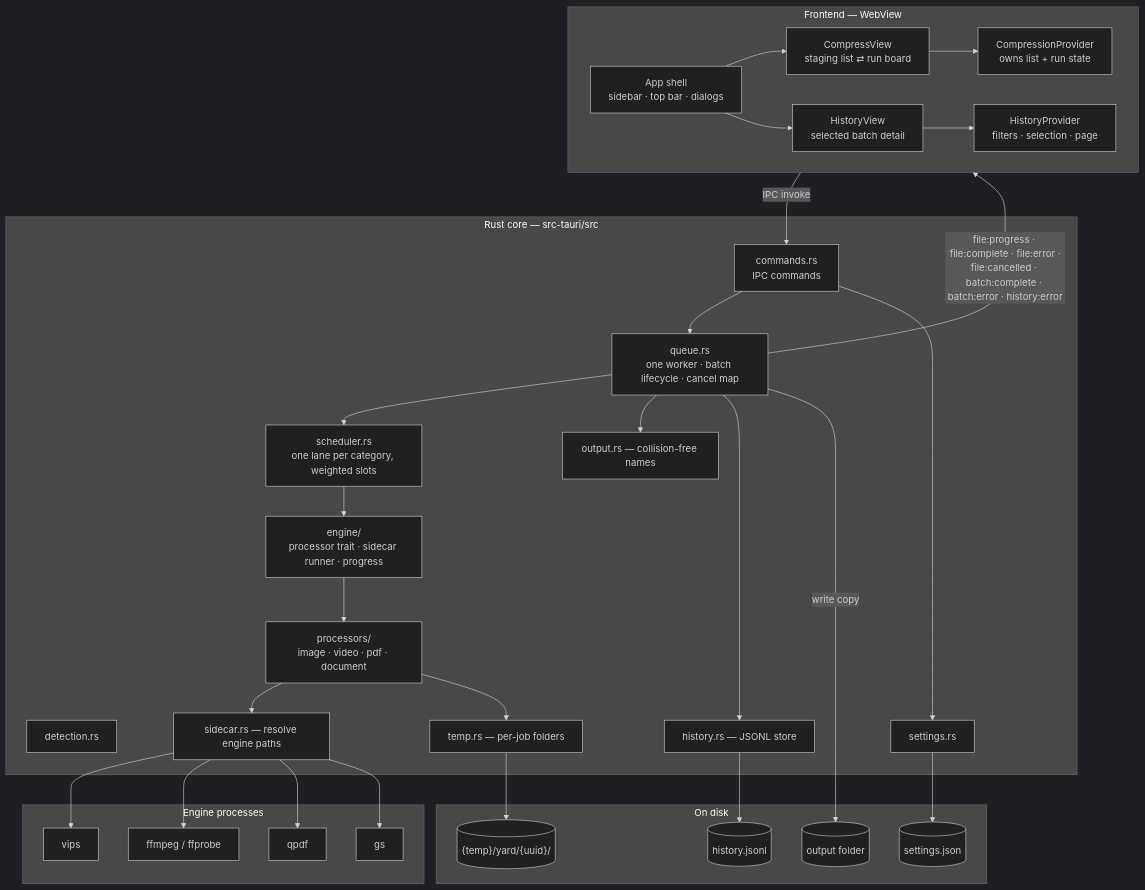
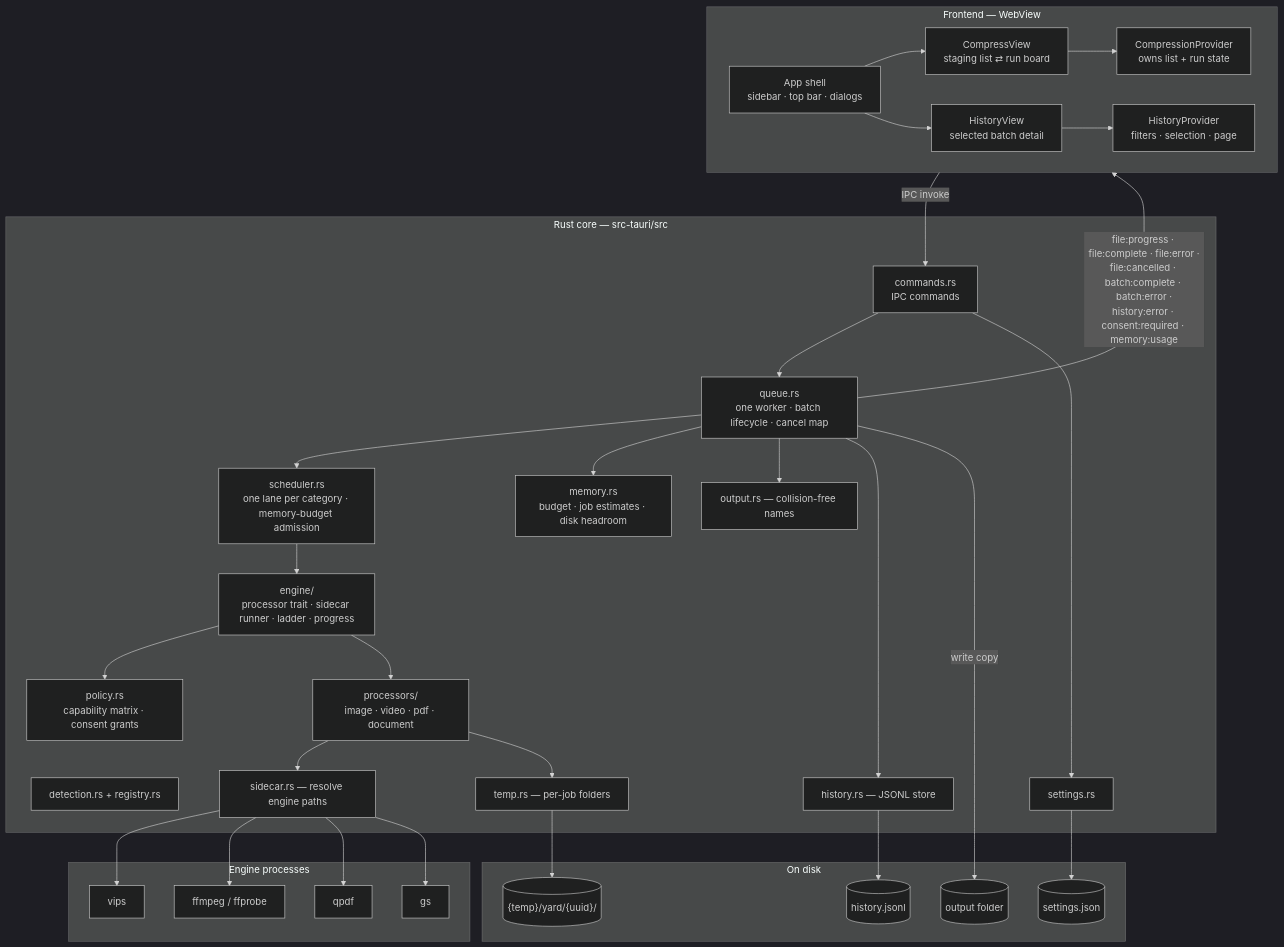
One commit to initgrep-apps/yard changed the first of 2 diagrams in docs/ARCHITECTURE.md. Above: the diagram before and after it, drawn with Mermaid (dark theme). The commit also changed other lines of this file and 76 other files, not shown here.

First line of the commit message:
feat: bounded memory, consent-gated fidelity, and backend remediation (#224)

````diff
--- a/docs/ARCHITECTURE.md
+++ b/docs/ARCHITECTURE.md
@@ -27,59 +27,63 @@
 ```mermaid
 flowchart TB
     subgraph FE["Frontend — WebView"]
         APP["App shell<br/>sidebar · top bar · dialogs"]
         CV["CompressView<br/>staging list ⇄ run board"]
         HV["HistoryView<br/>selected batch detail"]
         CP["CompressionProvider<br/>owns list + run state"]
         HP["HistoryProvider<br/>filters · selection · page"]
         APP --> CV
         APP --> HV
         CV --> CP
         HV --> HP
     end
 
     subgraph CORE["Rust core — src-tauri/src"]
         CMD["commands.rs<br/>IPC commands"]
         Q["queue.rs<br/>one worker · batch lifecycle · cancel map"]
-        SCH["scheduler.rs<br/>one lane per category, weighted slots"]
-        ENG["engine/<br/>processor trait · sidecar runner · progress"]
+        SCH["scheduler.rs<br/>one lane per category · memory-budget admission"]
+        MEM["memory.rs<br/>budget · job estimates · disk headroom"]
+        POL["policy.rs<br/>capability matrix · consent grants"]
+        ENG["engine/<br/>processor trait · sidecar runner · ladder · progress"]
         REG["processors/<br/>image · video · pdf · document"]
-        DET["detection.rs"]
+        DET["detection.rs + registry.rs"]
         OUT["output.rs — collision-free names"]
         TMP["temp.rs — per-job folders"]
         HS["history.rs — JSONL store"]
         SET["settings.rs"]
         SC["sidecar.rs — resolve engine paths"]
     end
 
     subgraph DISK["On disk"]
         STORE[("settings.json")]
         HIST[("history.jsonl")]
         TMPD[("{temp}/yard/{uuid}/")]
         OUTD[("output folder")]
     end
 
     subgraph ENGINES["Engine processes"]
         VIPS[vips]
         FF[ffmpeg / ffprobe]
         QPDF[qpdf]
         GS[gs]
     end
 
     FE -- "IPC invoke" --> CMD
     CMD --> Q
     Q --> SCH
     SCH --> ENG
+    Q --> MEM
+    ENG --> POL
     ENG --> REG
     REG --> SC
     SC --> VIPS & FF & QPDF & GS
     REG --> TMP
     Q --> OUT
     Q --> HS
     CMD --> SET
     SET --> STORE
     HS --> HIST
     TMP --> TMPD
     Q -- "write copy" --> OUTD
-    Q -- "file:progress · file:complete · file:error ·<br/>file:cancelled · batch:complete · batch:error · history:error" --> FE
+    Q -- "file:progress · file:complete · file:error ·<br/>file:cancelled · batch:complete · batch:error ·<br/>history:error · consent:required · memory:usage" --> FE
 ```
````
